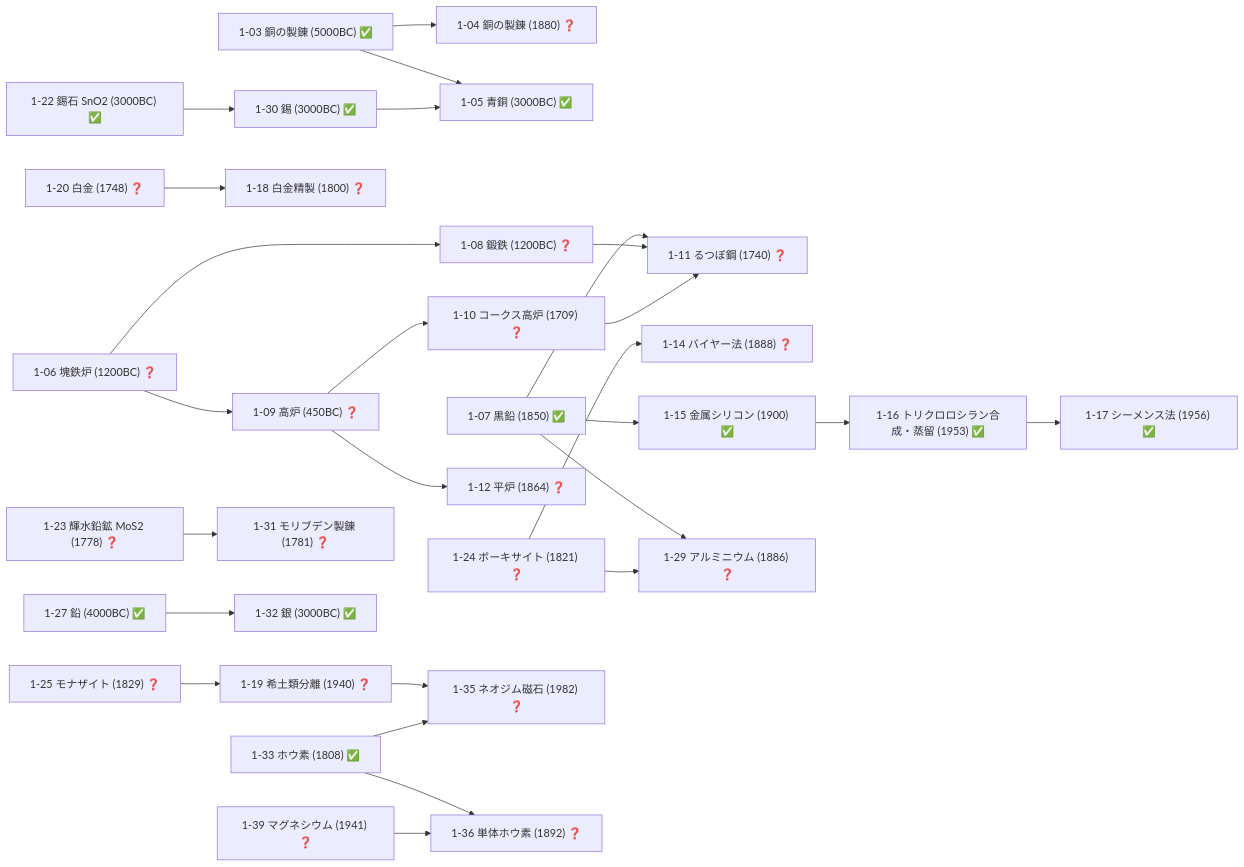
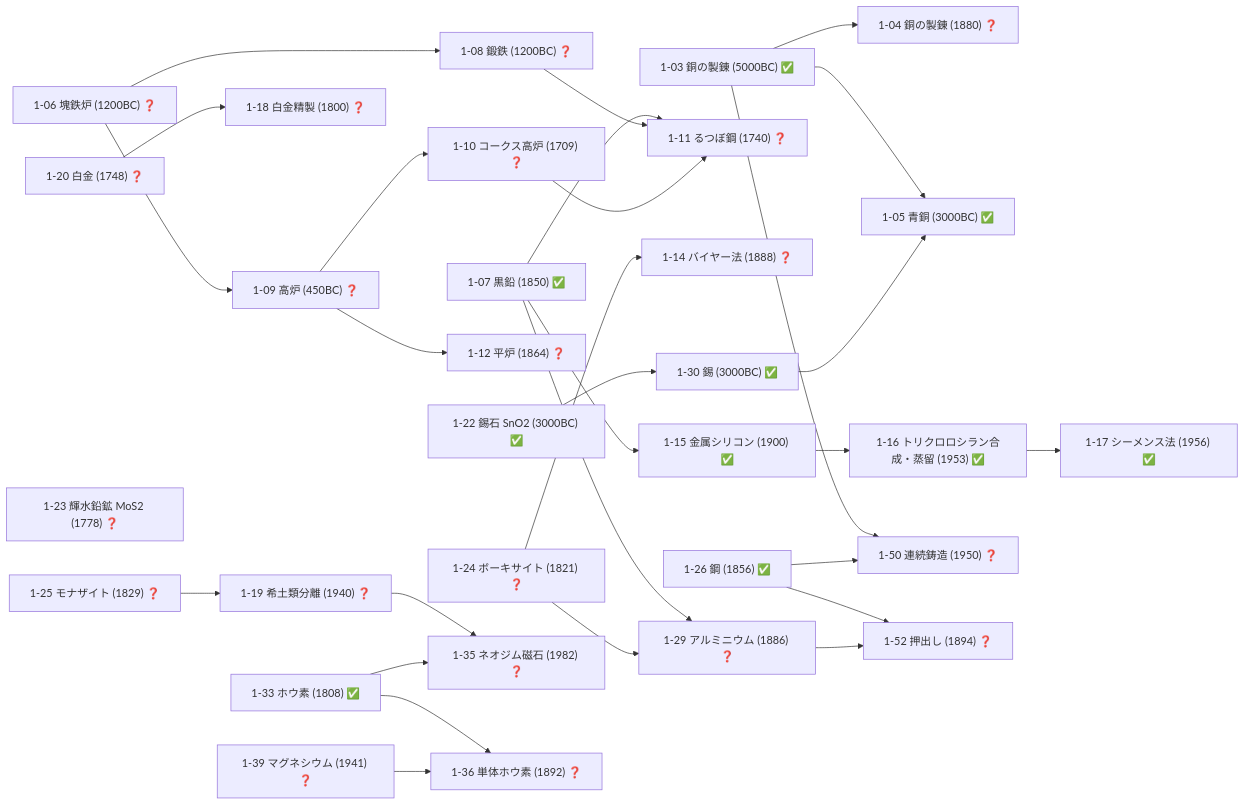
One commit to taku3i0317-collab/semiconductor-lab changed the fourth of 19 diagrams in docs/TECH_TREE_VIEW.md. Above: the diagram before and after it, drawn with Mermaid. The commit also changed other lines of this file and 5 other files, not shown here.

````diff
--- a/docs/TECH_TREE_VIEW.md
+++ b/docs/TECH_TREE_VIEW.md
@@ -173,58 +173,60 @@
 ```mermaid
 graph LR
   n1_03["1-03 銅の製錬 (5000BC) ✅"]
   n1_04["1-04 銅の製錬 (1880) ❓"]
   n1_05["1-05 青銅 (3000BC) ✅"]
   n1_06["1-06 塊鉄炉 (1200BC) ❓"]
   n1_07["1-07 黒鉛 (1850) ✅"]
   n1_08["1-08 鍛鉄 (1200BC) ❓"]
   n1_09["1-09 高炉 (450BC) ❓"]
   n1_10["1-10 コークス高炉 (1709) ❓"]
   n1_11["1-11 るつぼ鋼 (1740) ❓"]
   n1_12["1-12 平炉 (1864) ❓"]
   n1_14["1-14 バイヤー法 (1888) ❓"]
   n1_15["1-15 金属シリコン (1900) ✅"]
   n1_16["1-16 トリクロロシラン合成・蒸留 (1953) ✅"]
   n1_17["1-17 シーメンス法 (1956) ✅"]
   n1_18["1-18 白金精製 (1800) ❓"]
   n1_19["1-19 希土類分離 (1940) ❓"]
   n1_20["1-20 白金 (1748) ❓"]
   n1_22["1-22 錫石 SnO2 (3000BC) ✅"]
   n1_23["1-23 輝水鉛鉱 MoS2 (1778) ❓"]
   n1_24["1-24 ボーキサイト (1821) ❓"]
   n1_25["1-25 モナザイト (1829) ❓"]
-  n1_27["1-27 鉛 (4000BC) ✅"]
+  n1_26["1-26 鋼 (1856) ✅"]
   n1_29["1-29 アルミニウム (1886) ❓"]
   n1_30["1-30 錫 (3000BC) ✅"]
-  n1_31["1-31 モリブデン製錬 (1781) ❓"]
-  n1_32["1-32 銀 (3000BC) ✅"]
   n1_33["1-33 ホウ素 (1808) ✅"]
   n1_35["1-35 ネオジム磁石 (1982) ❓"]
   n1_36["1-36 単体ホウ素 (1892) ❓"]
   n1_39["1-39 マグネシウム (1941) ❓"]
+  n1_50["1-50 連続鋳造 (1950) ❓"]
+  n1_52["1-52 押出し (1894) ❓"]
   n1_03-->n1_04
   n1_03-->n1_05
   n1_30-->n1_05
   n1_06-->n1_08
   n1_06-->n1_09
   n1_09-->n1_10
   n1_07-->n1_11
   n1_08-->n1_11
   n1_10-->n1_11
   n1_09-->n1_12
   n1_24-->n1_14
   n1_07-->n1_15
   n1_15-->n1_16
   n1_16-->n1_17
   n1_20-->n1_18
   n1_25-->n1_19
   n1_07-->n1_29
   n1_24-->n1_29
   n1_22-->n1_30
-  n1_23-->n1_31
-  n1_27-->n1_32
   n1_19-->n1_35
   n1_33-->n1_35
   n1_33-->n1_36
   n1_39-->n1_36
+  n1_03-->n1_50
+  n1_26-->n1_50
+  n1_26-->n1_52
+  n1_29-->n1_52
 ```
````
